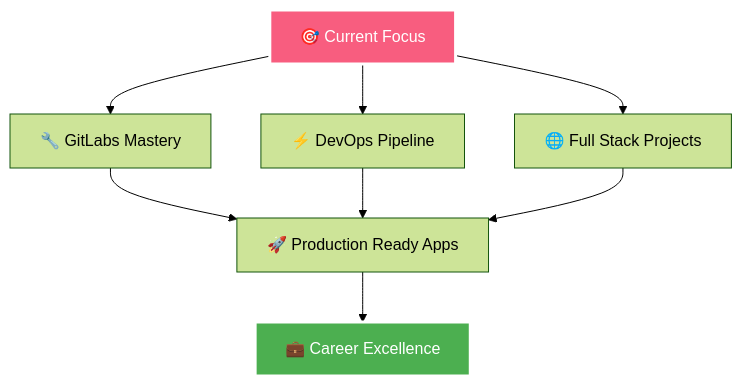
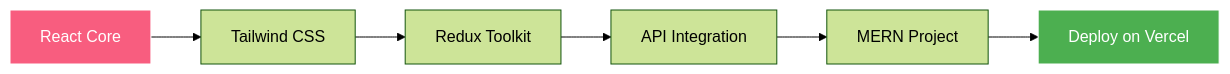
The diagram in README.md (Kshitij-Rokade/Kshitij-Rokade), drawn with Mermaid (forest theme) before and after one commit. The commit also changed other lines of this file, not shown here.

````diff
--- a/README.md
+++ b/README.md
@@ -188,13 +88,11 @@
 ```mermaid
-graph TD
-    A[🎯 Current Focus] --> B[🔧 GitLabs Mastery]
-    A --> C[⚡ DevOps Pipeline]
-    A --> D[🌐 Full Stack Projects]
-    B --> E[🚀 Production Ready Apps]
-    C --> E
-    D --> E
-    E --> F[💼 Career Excellence]
-    
-    style A fill:#F85D7F,stroke:#fff,stroke-width:3px,color:#fff
-    style F fill:#4CAF50,stroke:#fff,stroke-width:3px,color:#fff
+graph LR
+    A[React Core] --> B[Tailwind CSS]
+    B --> C[Redux Toolkit]
+    C --> D[API Integration]
+    D --> E[MERN Project]
+    E --> F[Deploy on Vercel]
+
+    style A fill:#F85D7F,stroke:#fff,color:#fff
+    style F fill:#4CAF50,stroke:#fff,color:#fff
 ```
````
